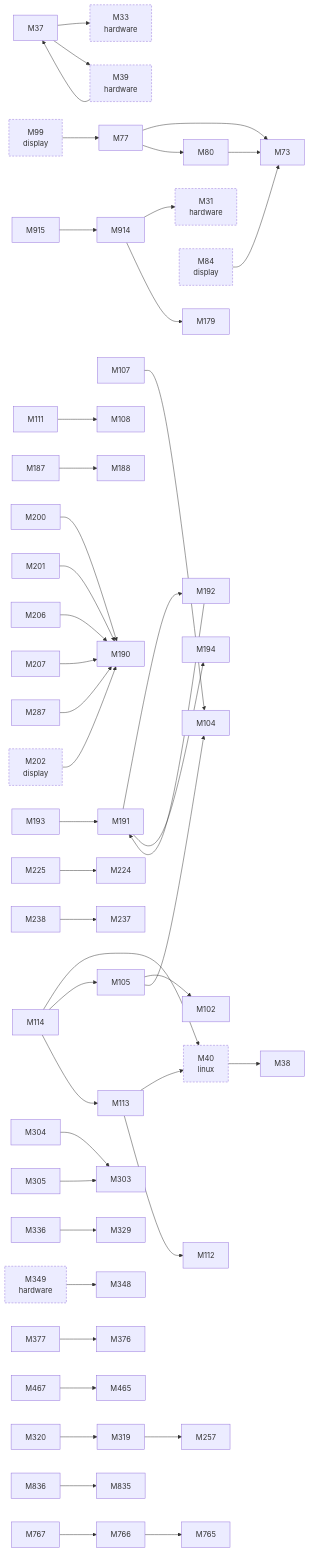
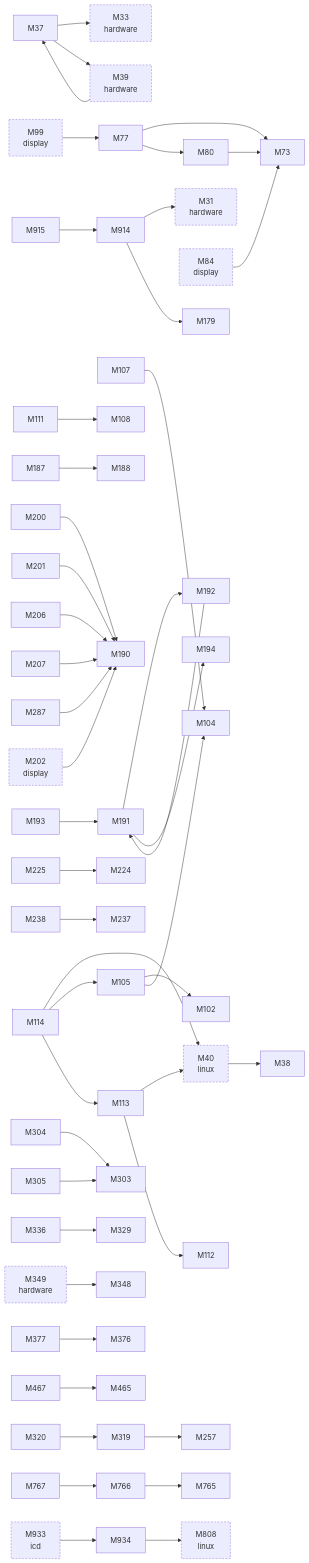
Before and after one commit to D-Ogi/amdgpu-wddm: the third of 4 diagrams in docs/facts/graphs/kmd.md, drawn with Mermaid. The commit also changed 25 other files, not shown here.

````diff
--- a/docs/facts/graphs/kmd.md
+++ b/docs/facts/graphs/kmd.md
@@ -287,10 +287,11 @@
   M765["M765"]
   M766["M766"]
   M767["M767"]
-  M835["M835"]
-  M836["M836"]
+  M808["M808<br/>linux"]
   M914["M914"]
   M915["M915"]
+  M933["M933<br/>icd"]
+  M934["M934"]
   M39 --> M37
   M349 --> M348
   M37 --> M33
@@ -328,14 +329,15 @@
   M467 --> M465
   M766 --> M765
   M767 --> M766
-  M836 --> M835
   M914 --> M31
   M914 --> M179
   M915 --> M914
+  M934 --> M808
   M84 --> M73
   M99 --> M77
   M202 --> M190
+  M933 --> M934
   M40 --> M38
   classDef other stroke-dasharray:4 3
-  class M31,M33,M39,M40,M84,M99,M202,M349 other
+  class M31,M33,M39,M40,M84,M99,M202,M349,M808,M933 other
 ```
````
